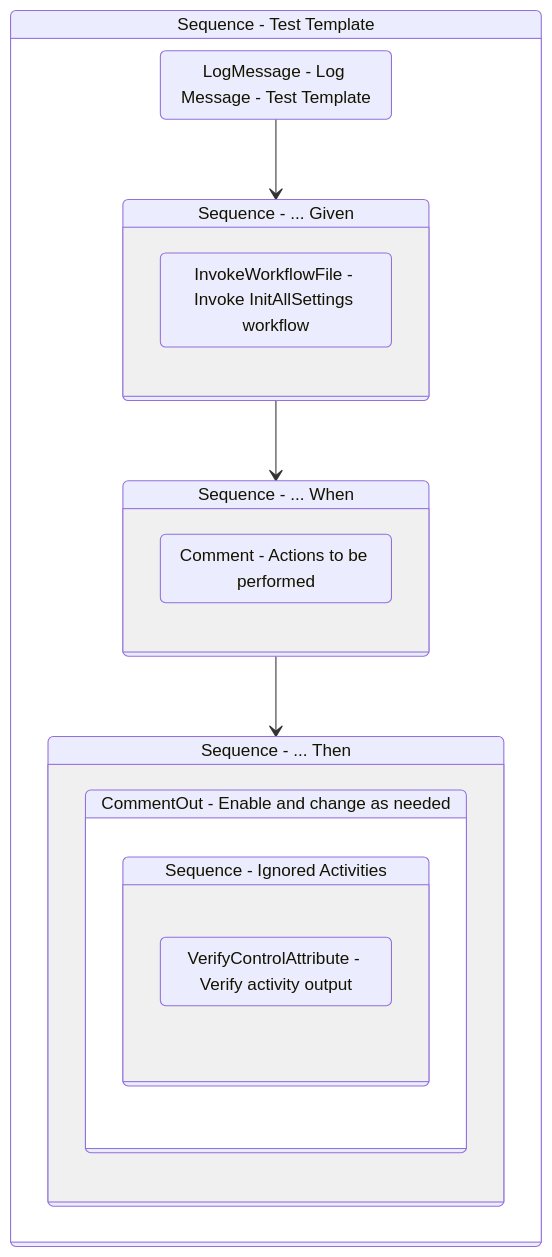
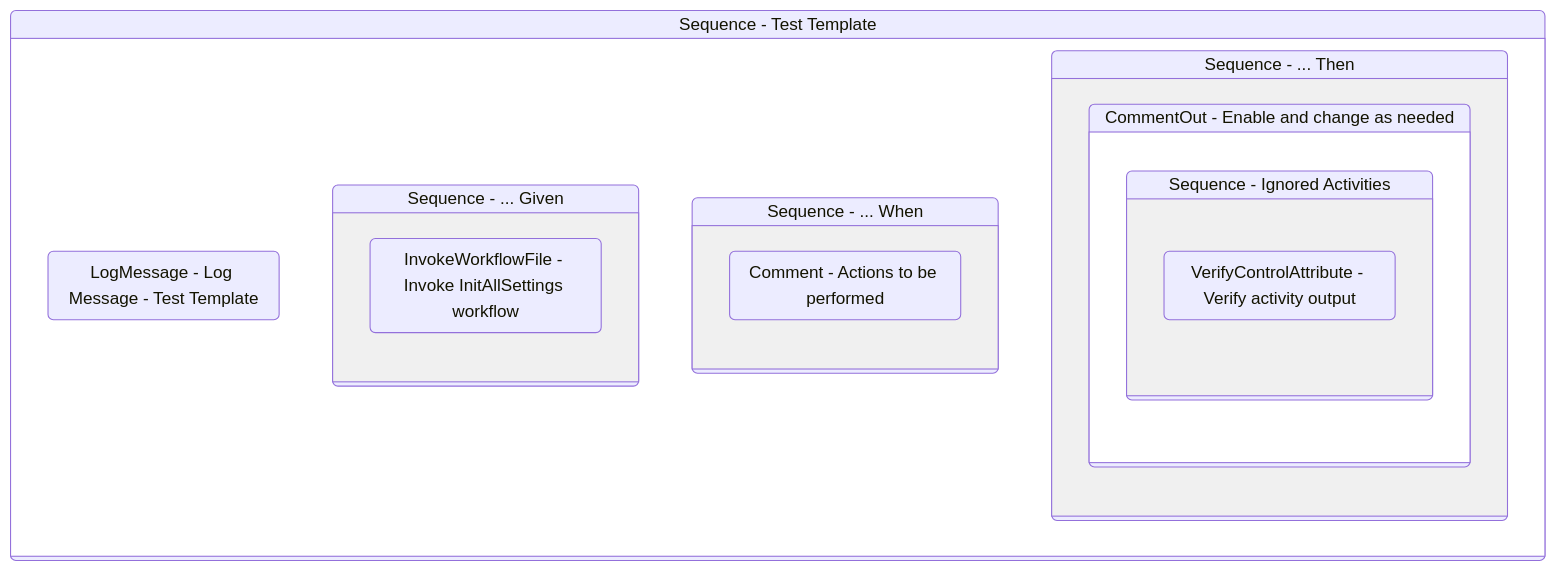
One commit to yashbrahmbhatt/LazyFramework changed the diagram in Documentation/.templates/Performers/REFramework/Tests/WorkflowTestCaseTemplate.md. Above: the diagram before and after it, drawn with Mermaid. The commit also changed 72 other files, not shown here.

````diff
--- a/Documentation/.templates/Performers/REFramework/Tests/WorkflowTestCaseTemplate.md
+++ b/Documentation/.templates/Performers/REFramework/Tests/WorkflowTestCaseTemplate.md
@@ -104,38 +104,38 @@
 ```mermaid
 stateDiagram-v2
 
 
 Sequence_2: Sequence - Test Template
 state Sequence_2 {
 direction TB
 LogMessage_1 : LogMessage - Log Message - Test Template
-LogMessage_1 --> Sequence_3
+
 Sequence_3: Sequence - ... Given
 state Sequence_3 {
 direction TB
 InvokeWorkflowFile_2 : InvokeWorkflowFile - Invoke InitAllSettings workflow
 }
-Sequence_3 --> Sequence_4
+
 Sequence_4: Sequence - ... When
 state Sequence_4 {
 direction TB
 Comment_1 : Comment - Actions to be performed
 }
-Sequence_4 --> Sequence_6
+
 Sequence_6: Sequence - ... Then
 state Sequence_6 {
 direction TB
 
 CommentOut_1: CommentOut - Enable and change as needed
 state CommentOut_1 {
 direction TB
 
 Sequence_5: Sequence - Ignored Activities
 state Sequence_5 {
 direction TB
 VerifyControlAttribute_1 : VerifyControlAttribute - Verify activity output
 }
 }
 }
 }
 ```
````
